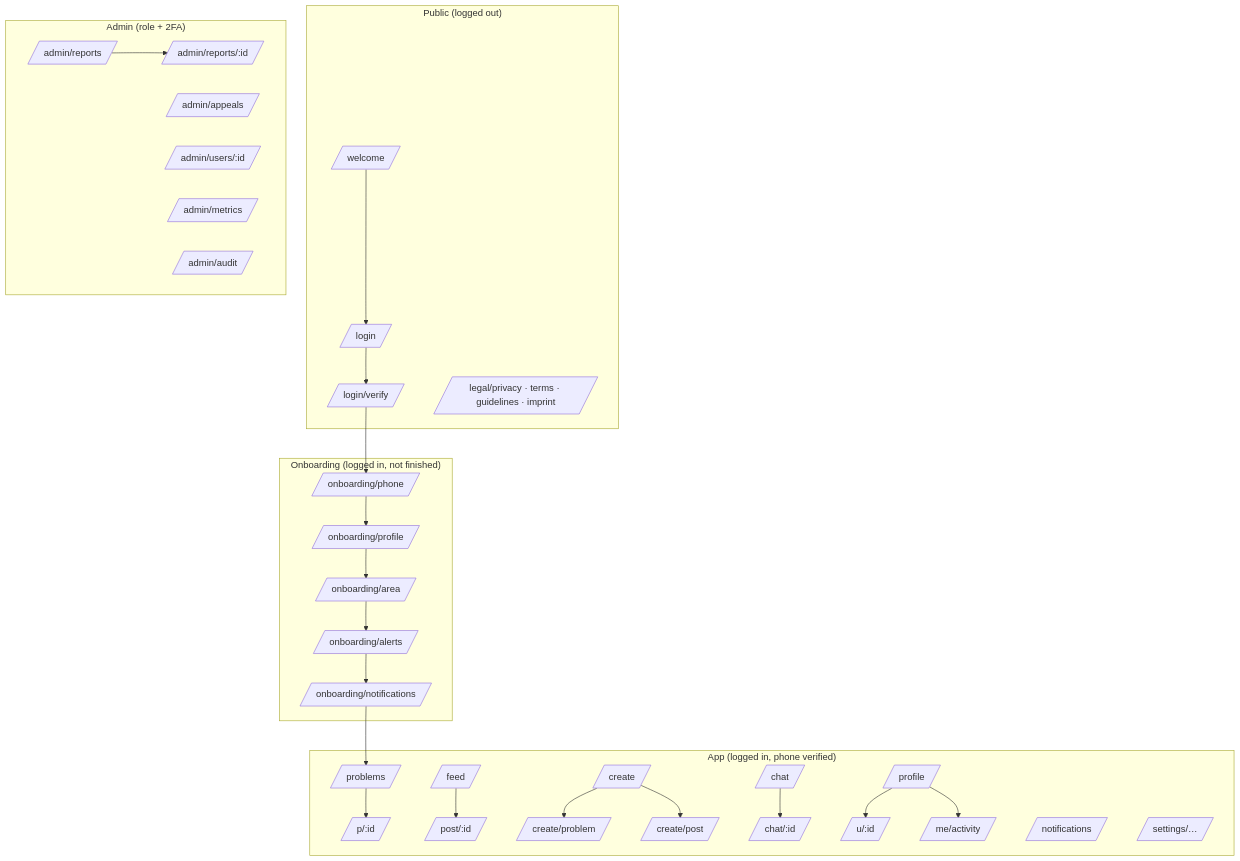
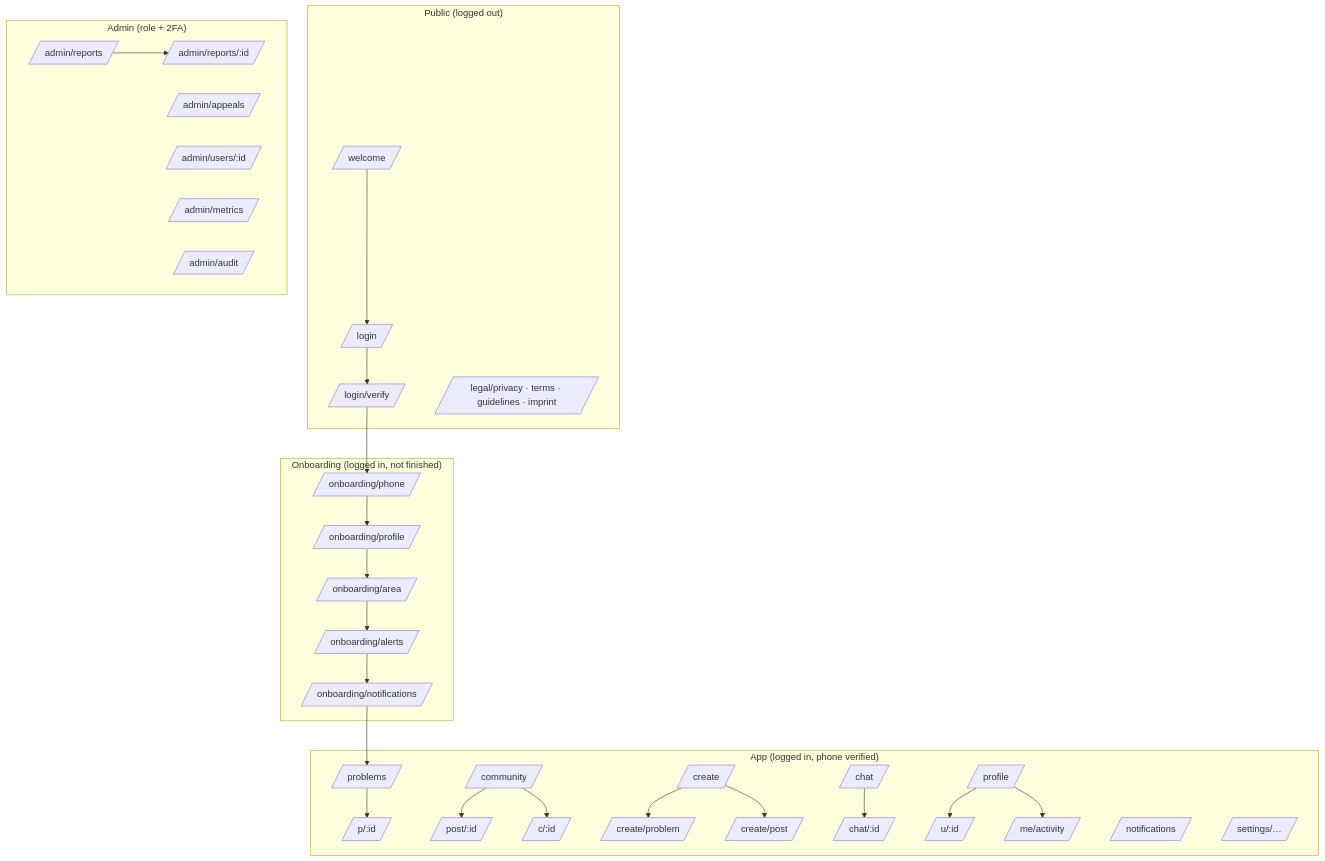
The diagram in docs/06-ui-spec.md (thedeepakreddy/HelpIN), drawn with Mermaid before and after one commit. The commit also changed other lines of this file and 8 other files, not shown here.

````diff
--- a/docs/06-ui-spec.md
+++ b/docs/06-ui-spec.md
@@ -71,31 +71,32 @@
 ```mermaid
 flowchart TB
   subgraph Public["Public (logged out)"]
     W[/welcome/] --> L[/login/]
     L --> V[/login/verify/]
     LG[/legal/privacy · terms · guidelines · imprint/]
   end
   subgraph Onb["Onboarding (logged in, not finished)"]
     O1[/onboarding/phone/] --> O2[/onboarding/profile/] --> O3[/onboarding/area/] --> O4[/onboarding/alerts/] --> O5[/onboarding/notifications/]
   end
   subgraph App["App (logged in, phone verified)"]
     P[/problems/] --> PD[/p/:id/]
-    F[/feed/] --> FD[/post/:id/]
+    F[/community/] --> FD[/post/:id/]
+    F --> CM[/c/:id/]
     C[/create/] --> CP[/create/problem/]
     C --> CPo[/create/post/]
     CH[/chat/] --> CHD[/chat/:id/]
     PR[/profile/] --> U[/u/:id/]
     PR --> MA[/me/activity/]
     N[/notifications/]
     S[/settings/…/]
   end
   subgraph Admin["Admin (role + 2FA)"]
     AR[/admin/reports/] --> ARD[/admin/reports/:id/]
     AA[/admin/appeals/]
     AU[/admin/users/:id/]
     AM[/admin/metrics/]
     AL[/admin/audit/]
   end
   V --> O1
   O5 --> P
 ```
````
